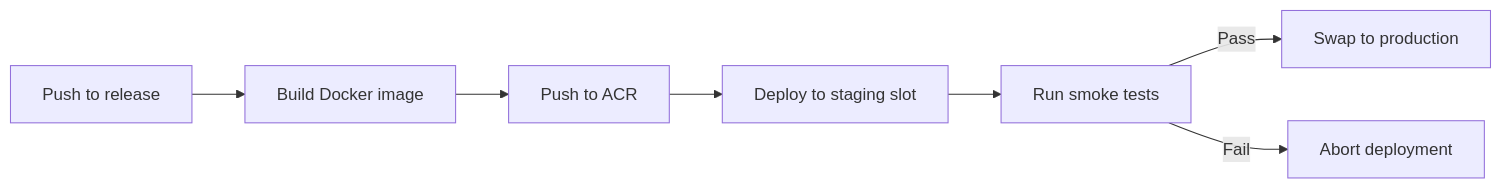
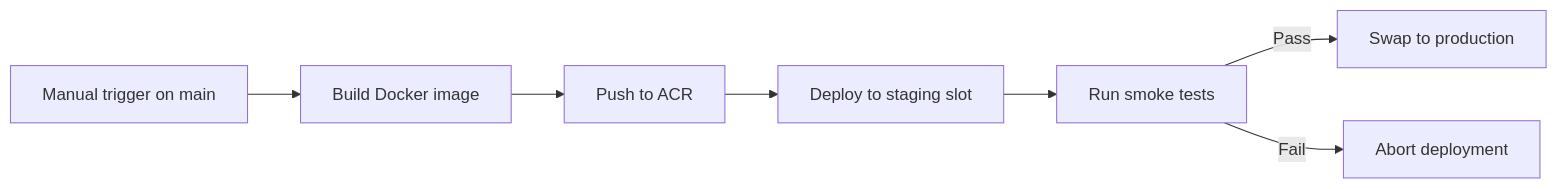
The third of 3 diagrams in README.md (atomassi/rbac-catalog), drawn with Mermaid before and after one commit. The commit also changed 2 other files, not shown here.

Commit message:
remove release branch, use manual deploy on main (#37)

````diff
--- a/README.md
+++ b/README.md
@@ -167,9 +167,9 @@
 ```mermaid
 flowchart LR
-    A[Push to release] --> B[Build Docker image]
+    A[Manual trigger on main] --> B[Build Docker image]
     B --> C[Push to ACR]
     C --> D[Deploy to staging slot]
     D --> E[Run smoke tests]
     E -->|Pass| F[Swap to production]
     E -->|Fail| G[Abort deployment]
 ```
````
